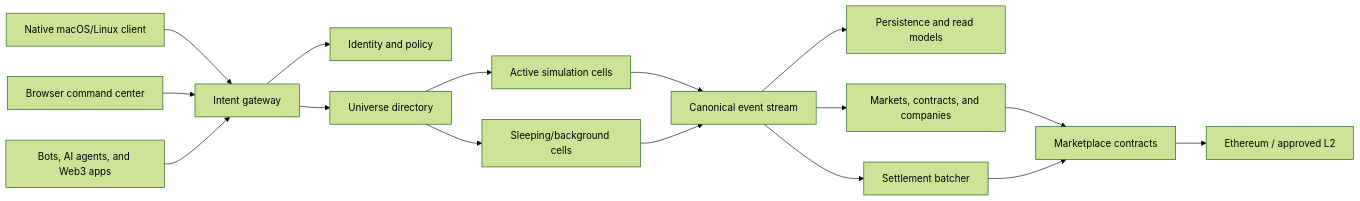
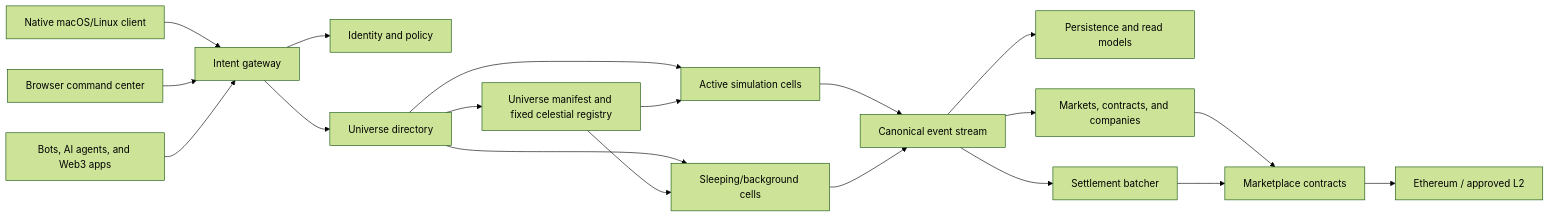
The diagram in docs/architecture/system-overview.md (Bittrees-Technology/the-verse), drawn with Mermaid (forest theme) before and after one commit. The commit also changed other lines of this file and 21 other files, not shown here.

Commit message:
docs(p1.5): specify celestial registry and spatial interest

````diff
--- a/docs/architecture/system-overview.md
+++ b/docs/architecture/system-overview.md
@@ -18,18 +21,21 @@
 ```mermaid
 flowchart LR
     N["Native macOS/Linux client"] --> G["Intent gateway"]
     B["Browser command center"] --> G
     A["Bots, AI agents, and Web3 apps"] --> G
     G --> I["Identity and policy"]
     G --> U["Universe directory"]
+    U --> CR["Universe manifest and fixed celestial registry"]
     U --> S1["Active simulation cells"]
     U --> S2["Sleeping/background cells"]
+    CR --> S1
+    CR --> S2
     S1 --> E["Canonical event stream"]
     S2 --> E
     E --> P["Persistence and read models"]
     E --> M["Markets, contracts, and companies"]
-    E --> R["Settlement batcher"]
+    E --> SB["Settlement batcher"]
     M --> C["Marketplace contracts"]
-    R --> C
+    SB --> C
     C --> L1["Ethereum / approved L2"]
 ```
````
